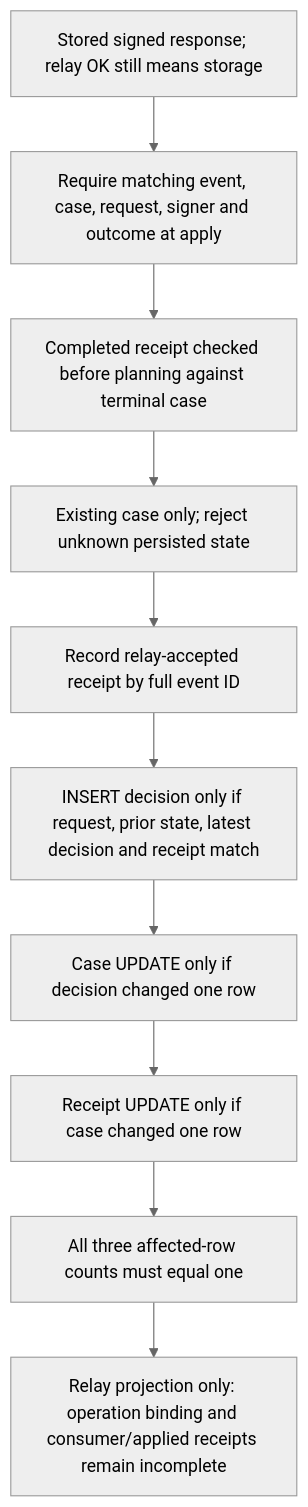
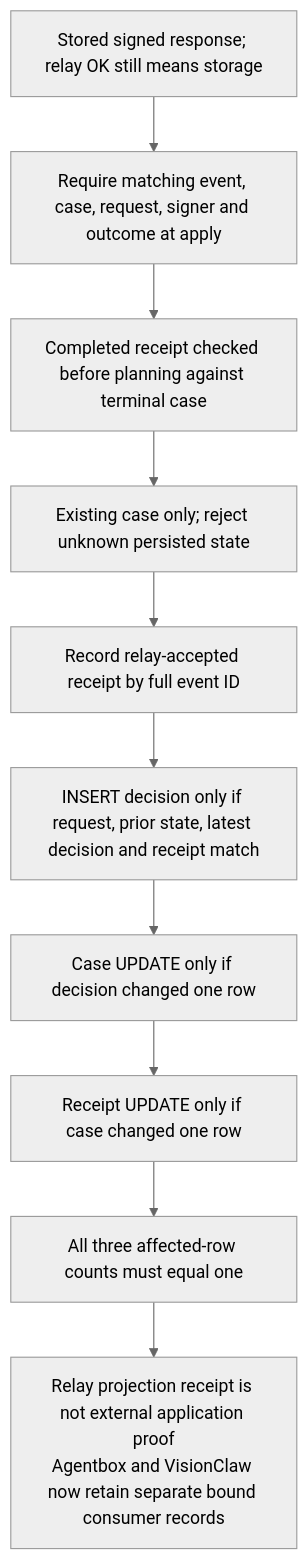
One commit to DreamLab-AI/VisionFlow changed diagram 11 of 11 in docs/diagrams/nostr-rust-forum/06-agent-control-surface-31400-31405.md. Above: the diagram before and after it, drawn with Mermaid (neutral theme). The commit also changed other lines of this file and 51 other files, not shown here.

First line of the commit message:
docs(diagrams): agentbox AB-01..13 re-attested anchor by anchor (980 anchors, 22 defects); checkpoint against an out-of-mesh writer

````diff
--- a/docs/diagrams/nostr-rust-forum/06-agent-control-surface-31400-31405.md
+++ b/docs/diagrams/nostr-rust-forum/06-agent-control-surface-31400-31405.md
@@ -299,12 +299,12 @@
 ```mermaid
 flowchart TB
     EVENT["Stored signed response; relay OK still means storage"] --> CORR["Require matching event, case, request, signer and outcome at apply"]
     CORR --> REPLAY["Completed receipt checked before planning against terminal case"]
     REPLAY --> PLAN["Existing case only; reject unknown persisted state"]
     PLAN --> ACCEPT["Record relay-accepted receipt by full event ID"]
     ACCEPT --> SQL["INSERT decision only if request, prior state, latest decision and receipt match"]
     SQL --> CASE["Case UPDATE only if decision changed one row"]
     CASE --> RECEIPT["Receipt UPDATE only if case changed one row"]
     RECEIPT --> CHECK["All three affected-row counts must equal one"]
-    CHECK --> LIMIT["Relay projection only: operation binding and consumer/applied receipts remain incomplete"]
+    CHECK --> LIMIT["Relay projection receipt is not external application proof<br/>Agentbox and VisionClaw now retain separate bound consumer records"]
 ```
````
